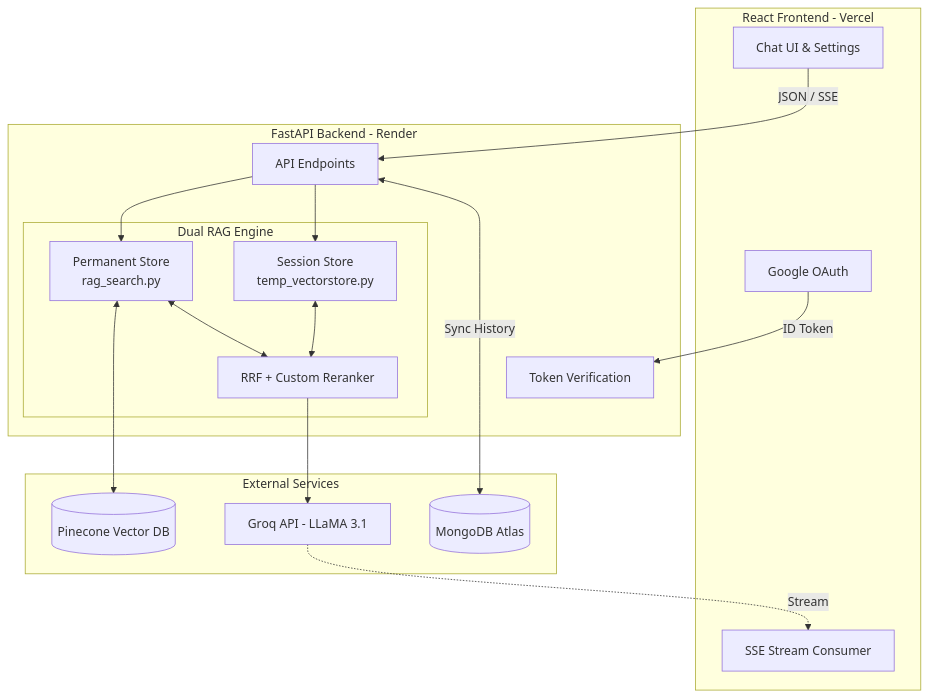
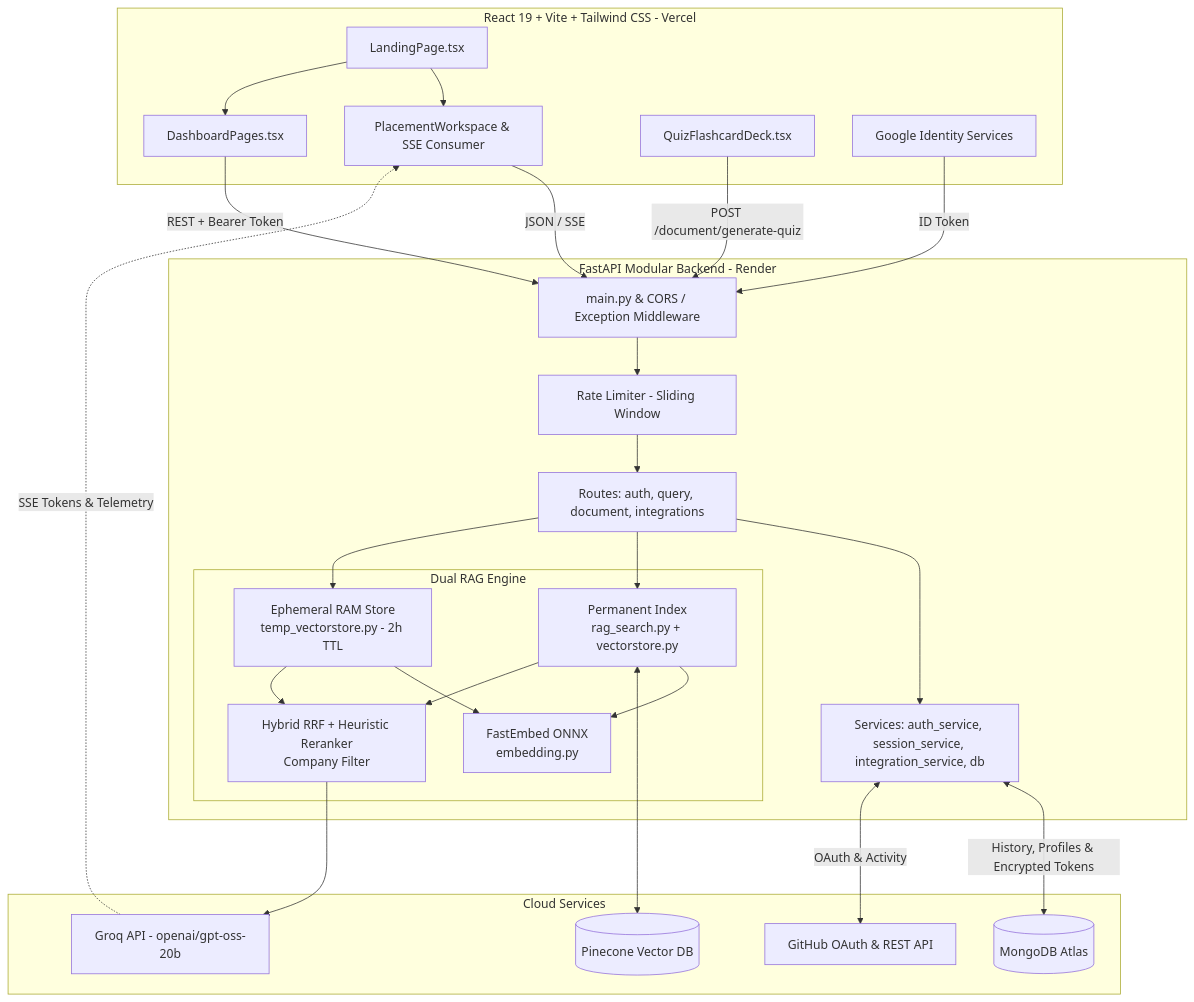
One commit to ari2387q/PlacementPrepRAG changed the diagram in README.md. Above: the diagram before and after it, drawn with Mermaid. The commit also changed other lines of this file, not shown here.

Commit message:
chore(release): mark Placement-Prep v2.0 complete and update README

````diff
--- a/README.md
+++ b/README.md
@@ -47,40 +69,53 @@
 ```mermaid
 flowchart TB
-    subgraph Frontend [React Frontend - Vercel]
-        UI[Chat UI & Settings]
-        Auth[Google OAuth]
-        SSE[SSE Stream Consumer]
+    subgraph Frontend [React 19 + Vite + Tailwind CSS - Vercel]
+        Landing[LandingPage.tsx]
+        Chat[PlacementWorkspace & SSE Consumer]
+        Dash[DashboardPages.tsx]
+        Quiz[QuizFlashcardDeck.tsx]
+        AuthUI[Google Identity Services]
     end
 
-    subgraph Backend [FastAPI Backend - Render]
-        API[API Endpoints]
-        AuthVerify[Token Verification]
-        
+    subgraph Backend [FastAPI Modular Backend - Render]
+        Main[main.py & CORS / Exception Middleware]
+        RL[Rate Limiter - Sliding Window]
+        Routes[Routes: auth, query, document, integrations]
+        Services[Services: auth_service, session_service, integration_service, db]
+
         subgraph RAG [Dual RAG Engine]
-            PermStore[Permanent Store\nrag_search.py]
-            TempStore[Session Store\ntemp_vectorstore.py]
-            RRF[RRF + Custom Reranker]
+            Perm[Permanent Index\nrag_search.py + vectorstore.py]
+            Temp[Ephemeral RAM Store\ntemp_vectorstore.py - 2h TTL]
+            Embed[FastEmbed ONNX\nembedding.py]
+            RRF[Hybrid RRF + Heuristic Reranker\nCompany Filter]
         end
     end
 
-    subgraph External [External Services]
+    subgraph External [Cloud Services]
         Pinecone[(Pinecone Vector DB)]
         Mongo[(MongoDB Atlas)]
-        Groq[Groq API - LLaMA 3.1]
+        Groq[Groq API - openai/gpt-oss-20b]
+        GitHub[GitHub OAuth & REST API]
     end
 
-    UI -->|JSON / SSE| API
-    Auth -->|ID Token| AuthVerify
-    
-    API --> PermStore
-    API --> TempStore
-    
-    PermStore <--> Pinecone
-    PermStore <--> RRF
-    TempStore <--> RRF
-    
+    Landing --> Chat
+    Landing --> Dash
+    Chat -->|JSON / SSE| Main
+    Dash -->|REST + Bearer Token| Main
+    Quiz -->|POST /document/generate-quiz| Main
+    AuthUI -->|ID Token| Main
+
+    Main --> RL --> Routes --> Services
+    Routes --> Perm
+    Routes --> Temp
+
+    Perm --> Embed
+    Temp --> Embed
+    Perm <--> Pinecone
+    Perm --> RRF
+    Temp --> RRF
     RRF --> Groq
-    Groq -.->|Stream| SSE
-    
-    API <-->|Sync History| Mongo
+    Groq -.->|SSE Tokens & Telemetry| Chat
+
+    Services <-->|History, Profiles & Encrypted Tokens| Mongo
+    Services <-->|OAuth & Activity| GitHub
 ```
````
